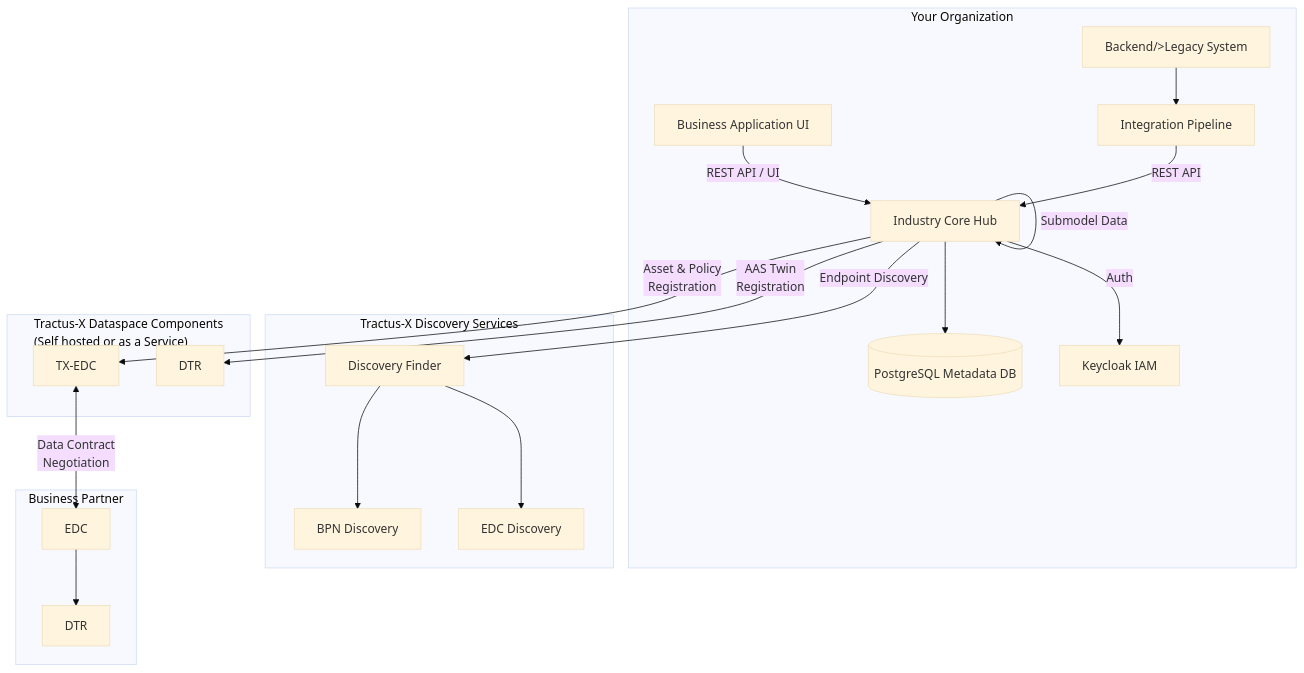
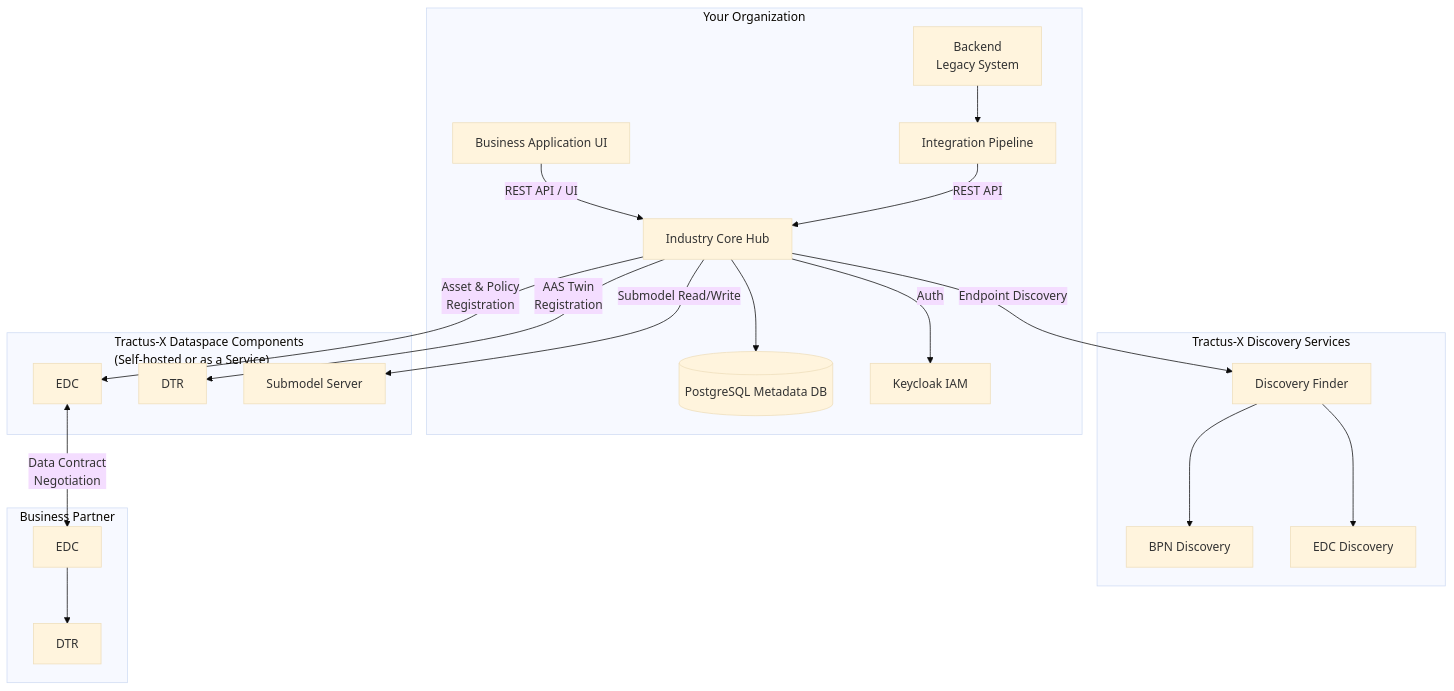
One commit to jalvaro-lks/industry-core-hub changed the first of 6 diagrams in README.md. Above: the diagram before and after it, drawn with Mermaid (base theme). The commit also changed other lines of this file, not shown here.

Commit message:
Improve README tone and diagrams

````diff
--- a/README.md
+++ b/README.md
@@ -116,41 +125,42 @@
 ```mermaid
 graph TB
     subgraph "Your Organization"
-        BACK["Backend/>Legacy System"]
+        BACK["Backend<br/>Legacy System"]
         PIP["Integration Pipeline"]
         APP["Business Application UI"]
         ICH["Industry Core Hub"]
         DB[("PostgreSQL Metadata DB")]
         KC["Keycloak IAM"]
     end
 
-    subgraph "Tractus-X Dataspace Components<br/>(Self hosted or as a Service)"
-        EDC["TX-EDC"]
+    subgraph "Tractus-X Dataspace Components<br/>(Self-hosted or as a Service)"
+        EDC["EDC"]
         DTR["DTR"]
+        SS["Submodel Server"]
     end
 
     subgraph "Tractus-X Discovery Services"
         DF["Discovery Finder"]
         BPND["BPN Discovery"]
         EDCD["EDC Discovery"]
     end
 
     subgraph "Business Partner"
         PEDC["EDC"]
         PDTR["DTR"]
     end
 
     APP -- "REST API / UI" --> ICH
     ICH --> DB
     ICH -- "Asset & Policy<br/>Registration" --> EDC
     ICH -- "AAS Twin<br/>Registration" --> DTR
-    ICH -- "Submodel Data" --> ICH
+    ICH -- "Submodel Read/Write" --> SS
     ICH -- "Endpoint Discovery" --> DF
     DF --> BPND
     DF --> EDCD
     BACK --> PIP
     PIP -- "REST API" --> ICH
     ICH -- "Auth" --> KC
     EDC <-- "Data Contract<br/>Negotiation" --> PEDC
     PEDC --> PDTR
 ```
````
